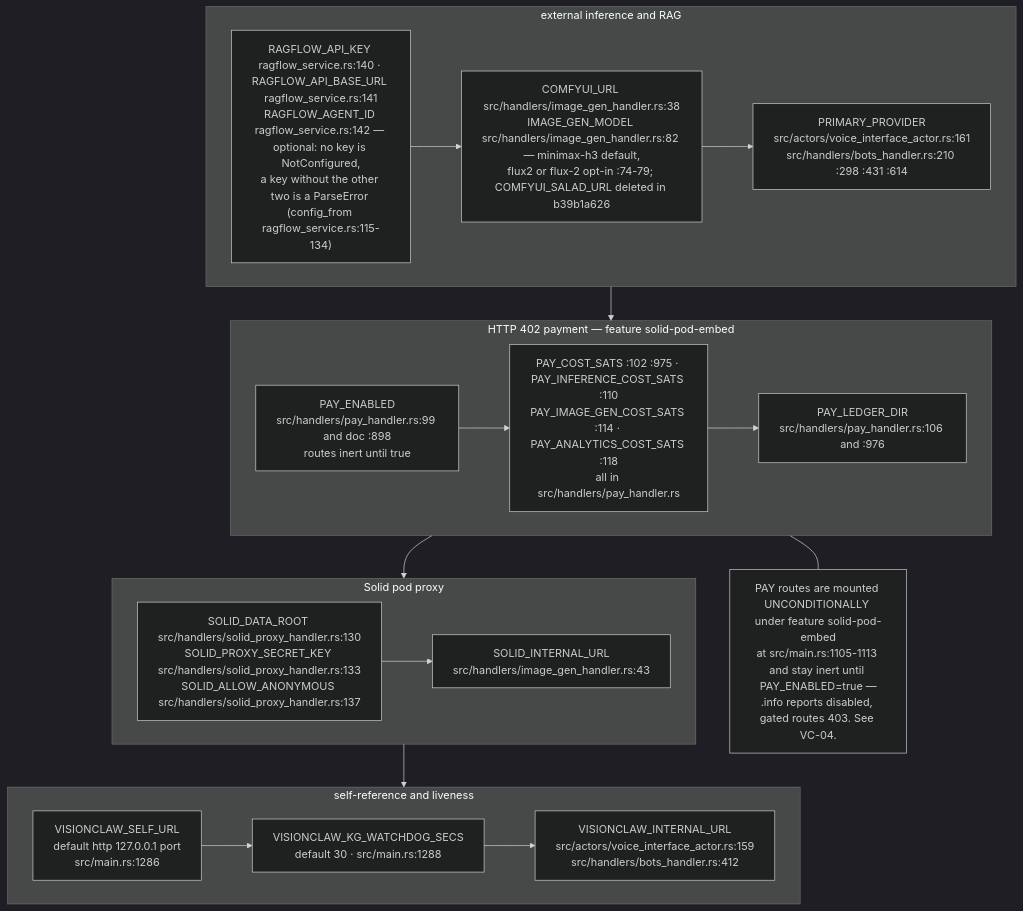
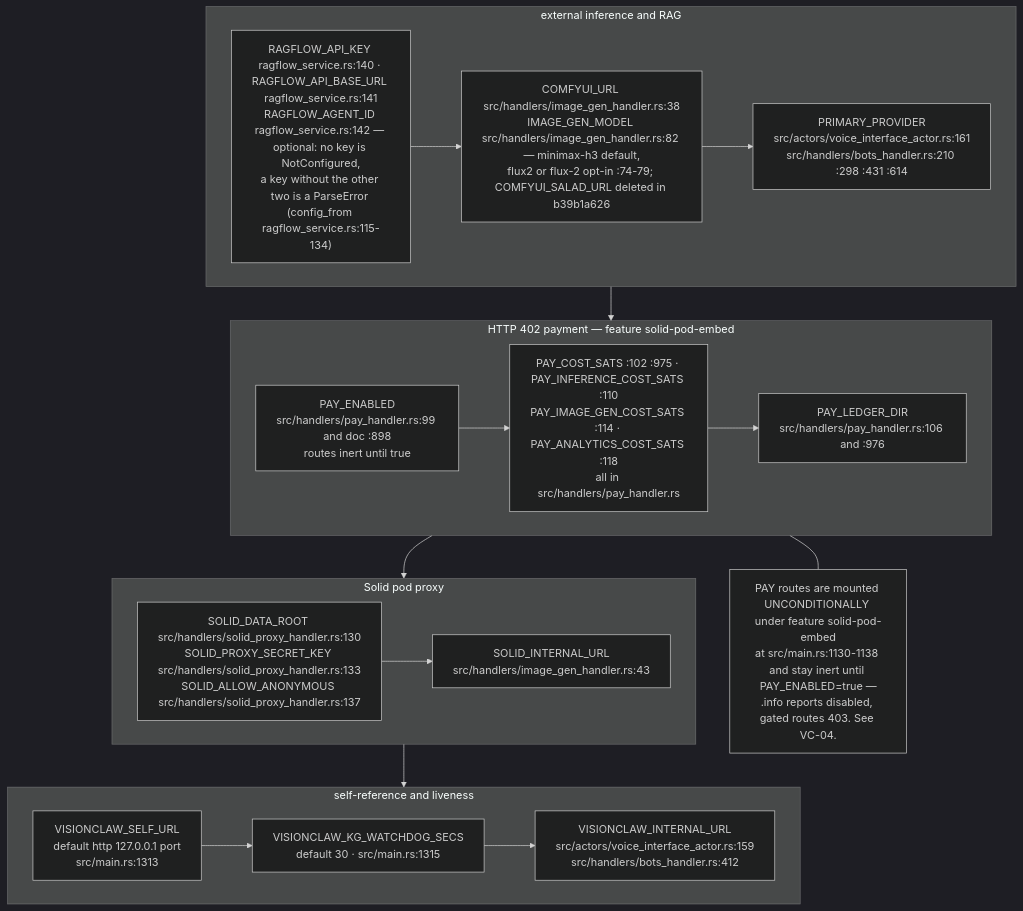
One commit to DreamLab-AI/VisionFlow changed diagram 13 of 16 in docs/diagrams/visionclaw/09-config-and-env-flags.md. Above: the diagram before and after it, drawn with Mermaid (dark theme). The commit also changed other lines of this file and 46 other files, not shown here.

Commit message:
docs(diagrams): re-verify VisionClaw topics at 809a859aa/a950f4d80 after the consolidation pass

````diff
--- a/docs/diagrams/visionclaw/09-config-and-env-flags.md
+++ b/docs/diagrams/visionclaw/09-config-and-env-flags.md
@@ -516,18 +516,18 @@
 ```mermaid
 flowchart TB
     subgraph EXT["external inference and RAG"]
         X1["RAGFLOW_API_KEY ragflow_service.rs:140 · RAGFLOW_API_BASE_URL ragflow_service.rs:141<br/>RAGFLOW_AGENT_ID ragflow_service.rs:142 — optional: no key is NotConfigured,<br/>a key without the other two is a ParseError (config_from ragflow_service.rs:115-134)"] --> X2["COMFYUI_URL src/handlers/image_gen_handler.rs:38<br/>IMAGE_GEN_MODEL src/handlers/image_gen_handler.rs:82 — minimax-h3 default,<br/>flux2 or flux-2 opt-in :74-79; COMFYUI_SALAD_URL deleted in b39b1a626"] --> X3["PRIMARY_PROVIDER<br/>src/actors/voice_interface_actor.rs:161<br/>src/handlers/bots_handler.rs:210 :298 :431 :614"]
     end
     subgraph PAY["HTTP 402 payment — feature solid-pod-embed"]
         P1["PAY_ENABLED<br/>src/handlers/pay_handler.rs:99 and doc :898<br/>routes inert until true"] --> P2["PAY_COST_SATS :102 :975 · PAY_INFERENCE_COST_SATS :110<br/>PAY_IMAGE_GEN_COST_SATS :114 · PAY_ANALYTICS_COST_SATS :118<br/>all in src/handlers/pay_handler.rs"] --> P3["PAY_LEDGER_DIR<br/>src/handlers/pay_handler.rs:106 and :976"]
     end
     subgraph SOLID["Solid pod proxy"]
         O1["SOLID_DATA_ROOT src/handlers/solid_proxy_handler.rs:130<br/>SOLID_PROXY_SECRET_KEY src/handlers/solid_proxy_handler.rs:133<br/>SOLID_ALLOW_ANONYMOUS src/handlers/solid_proxy_handler.rs:137"] --> O2["SOLID_INTERNAL_URL<br/>src/handlers/image_gen_handler.rs:43"]
     end
     subgraph SELF["self-reference and liveness"]
-        F1["VISIONCLAW_SELF_URL<br/>default http 127.0.0.1 port<br/>src/main.rs:1286"] --> F2["VISIONCLAW_KG_WATCHDOG_SECS<br/>default 30 · src/main.rs:1288"] --> F3["VISIONCLAW_INTERNAL_URL<br/>src/actors/voice_interface_actor.rs:159<br/>src/handlers/bots_handler.rs:412"]
+        F1["VISIONCLAW_SELF_URL<br/>default http 127.0.0.1 port<br/>src/main.rs:1313"] --> F2["VISIONCLAW_KG_WATCHDOG_SECS<br/>default 30 · src/main.rs:1315"] --> F3["VISIONCLAW_INTERNAL_URL<br/>src/actors/voice_interface_actor.rs:159<br/>src/handlers/bots_handler.rs:412"]
     end
     EXT --> PAY --> SOLID --> SELF
-    N5["PAY routes are mounted UNCONDITIONALLY under feature solid-pod-embed<br/>at src/main.rs:1105-1113 and stay inert until PAY_ENABLED=true —<br/>.info reports disabled, gated routes 403. See VC-04."]
+    N5["PAY routes are mounted UNCONDITIONALLY under feature solid-pod-embed<br/>at src/main.rs:1130-1138 and stay inert until PAY_ENABLED=true —<br/>.info reports disabled, gated routes 403. See VC-04."]
     PAY --- N5
 ```
````
